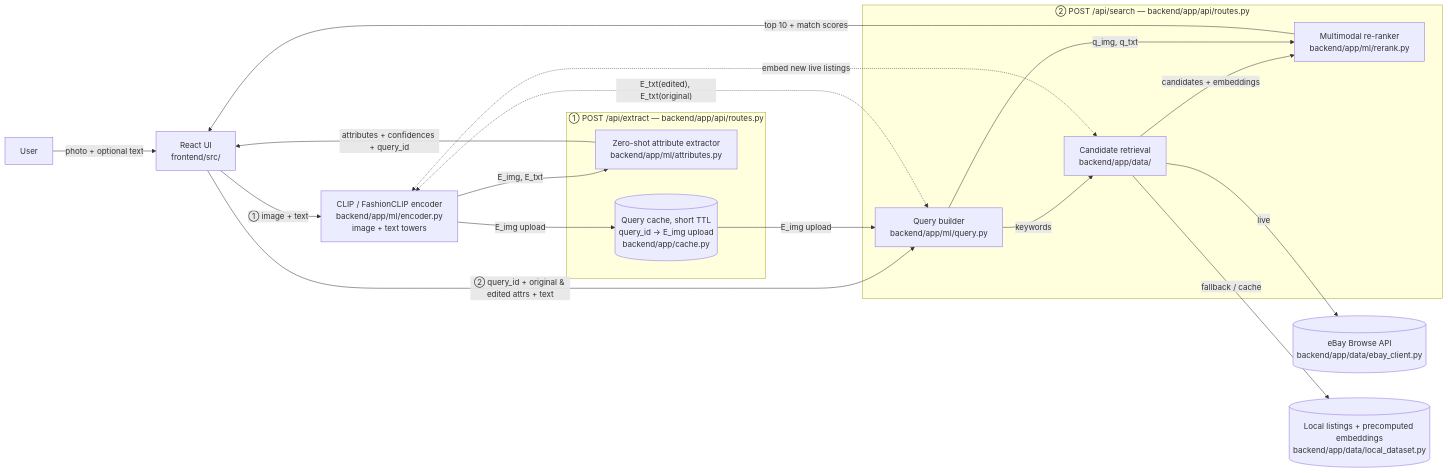
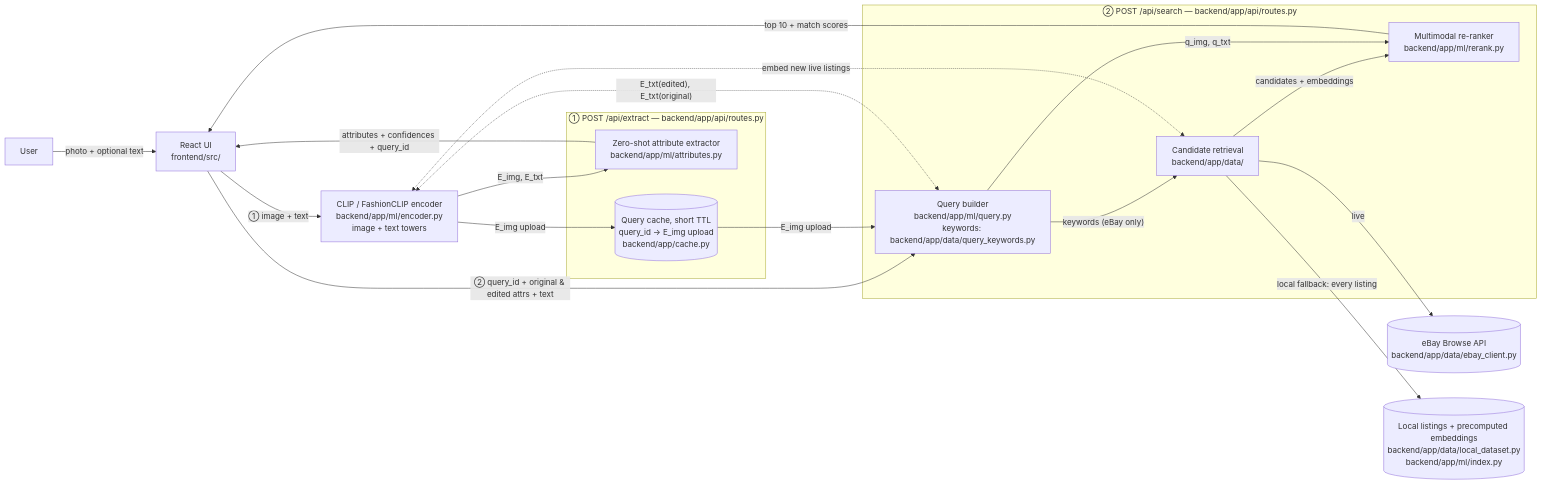
One commit to stephkmn/thrift-finder changed the diagram in docs/ARCHITECTURE.md. Above: the diagram before and after it, drawn with Mermaid. The commit also changed other lines of this file and 6 other files, not shown here.

````diff
--- a/docs/ARCHITECTURE.md
+++ b/docs/ARCHITECTURE.md
@@ -9,33 +9,33 @@
 ```mermaid
 flowchart LR
   U[User] -->|photo + optional text| FE[React UI<br/>frontend/src/]
 
   ENC[CLIP / FashionCLIP encoder<br/>backend/app/ml/encoder.py<br/>image + text towers]
 
   subgraph EXTRACT["① POST /api/extract — backend/app/api/routes.py"]
     ATTR[Zero-shot attribute extractor<br/>backend/app/ml/attributes.py]
     CACHE[(Query cache, short TTL<br/>query_id → E_img upload<br/>backend/app/cache.py)]
   end
 
   subgraph SEARCH["② POST /api/search — backend/app/api/routes.py"]
-    QB[Query builder<br/>backend/app/ml/query.py]
+    QB[Query builder<br/>backend/app/ml/query.py<br/>keywords: backend/app/data/query_keywords.py]
     RET[Candidate retrieval<br/>backend/app/data/]
     RR[Multimodal re-ranker<br/>backend/app/ml/rerank.py]
   end
 
   FE -->|"① image + text"| ENC
   ENC -->|"E_img, E_txt"| ATTR
   ENC -->|E_img upload| CACHE
   ATTR -->|"attributes + confidences + query_id"| FE
 
   FE -->|"② query_id + original & edited attrs + text"| QB
   CACHE -->|E_img upload| QB
   QB <-.->|"E_txt(edited), E_txt(original)"| ENC
-  QB -->|keywords| RET
+  QB -->|"keywords (eBay only)"| RET
   RET -->|live| EBAY[(eBay Browse API<br/>backend/app/data/ebay_client.py)]
-  RET -->|"fallback / cache"| DS[(Local listings + precomputed embeddings<br/>backend/app/data/local_dataset.py)]
+  RET -->|"local fallback: every listing"| DS[(Local listings + precomputed embeddings<br/>backend/app/data/local_dataset.py<br/>backend/app/ml/index.py)]
   RET <-.->|embed new live listings| ENC
   RET -->|candidates + embeddings| RR
   QB -->|"q_img, q_txt"| RR
   RR -->|top 10 + match scores| FE
 ```
````
